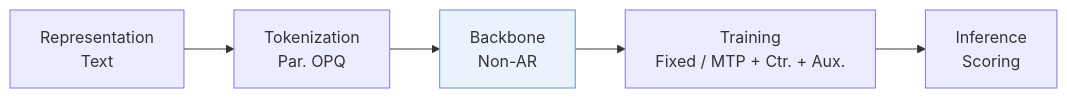
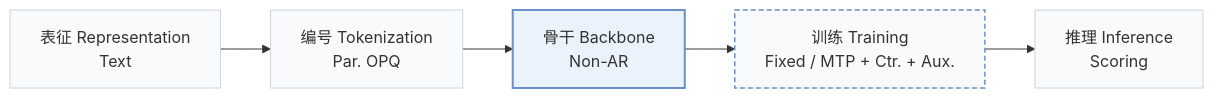
Before and after one commit to Galaxy-ghost/Awesome-SID-Generative-Rec: the first of 2 diagrams in pages/zh/papers/acerec.md, drawn with Mermaid. The commit also changed other lines of this file and 649 other files, not shown here.

Commit message:
writer-05: also tags and modality index (schema, check, build, visuals); summary field removed; calibration data for 12 papers

````diff
--- a/pages/zh/papers/acerec.md
+++ b/pages/zh/papers/acerec.md
@@ -13,6 +15,10 @@
 ```mermaid
 flowchart LR
-    R["Representation<br/>Text"] --> T["Tokenization<br/>Par. OPQ"] --> B["Backbone<br/>Non-AR"] --> TR["Training<br/>Fixed / MTP + Ctr. + Aux."] --> I["Inference<br/>Scoring"]
-    classDef main fill:#eaf2fb,stroke:#6b8fc7
+    R["表征 Representation<br/>Text"] --> T["编号 Tokenization<br/>Par. OPQ"] --> B["骨干 Backbone<br/>Non-AR"] --> TR["训练 Training<br/>Fixed / MTP + Ctr. + Aux."] --> I["推理 Inference<br/>Scoring"]
+    classDef base fill:#f8fafc,stroke:#cbd5e1
+    class R,T,B,TR,I base
+    classDef also fill:#f8fafc,stroke:#6b8fc7,stroke-width:1.5px,stroke-dasharray:5 3
+    class TR also
+    classDef main fill:#eaf2fb,stroke:#6b8fc7,stroke-width:2px
     class B main
 ```
````
